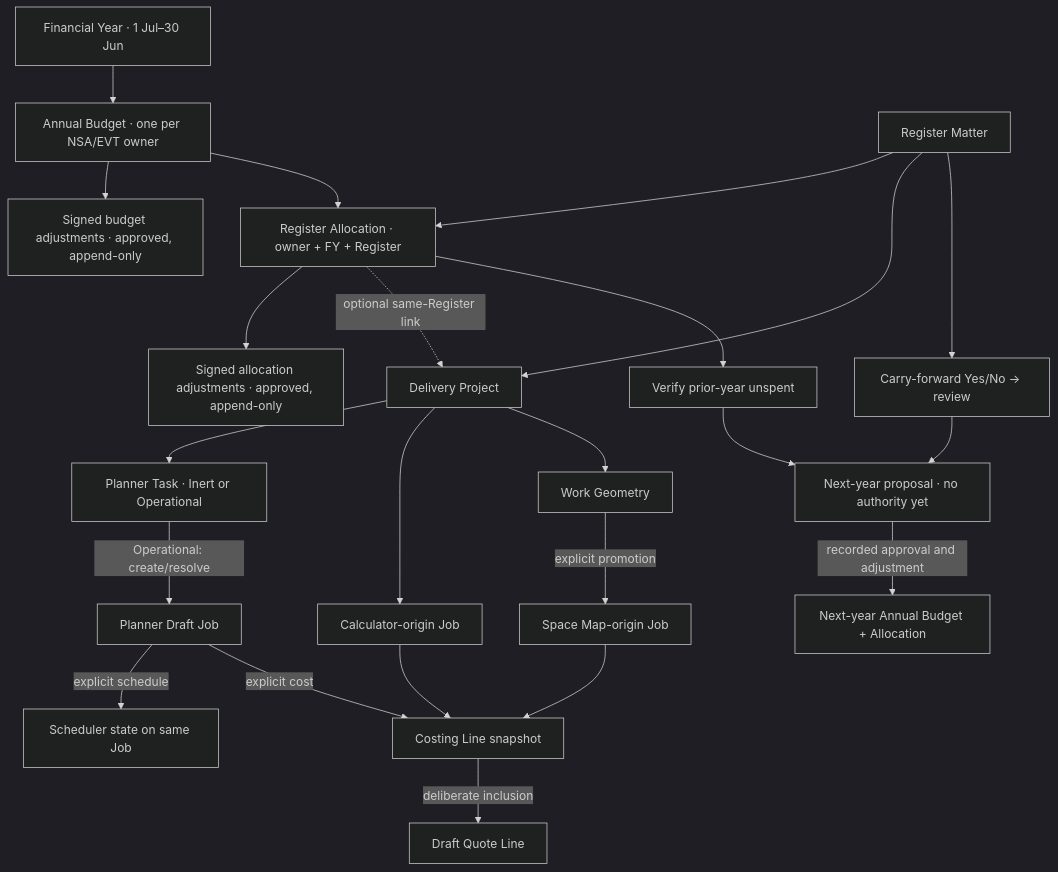
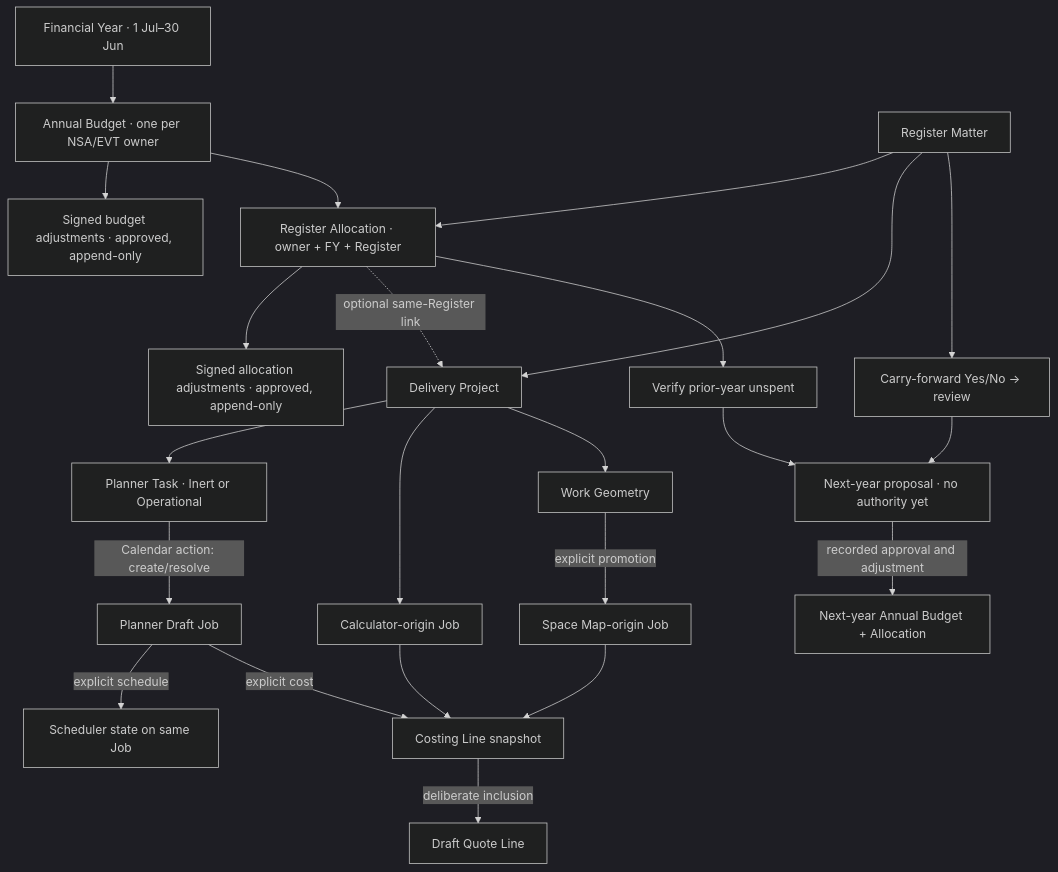
One commit to FraknToastr/horticulture-operations changed the third of 4 diagrams in src/governance/CANONICAL_MODEL.md. Above: the diagram before and after it, drawn with Mermaid (dark theme). The commit also changed other lines of this file and 105 other files, not shown here.

````diff
--- a/src/governance/CANONICAL_MODEL.md
+++ b/src/governance/CANONICAL_MODEL.md
@@ -43,25 +44,25 @@
 ```mermaid
 flowchart TD
  FY["Financial Year · 1 Jul–30 Jun"] --> BA["Annual Budget · one per NSA/EVT owner"]
  BA --> BJ["Signed budget adjustments · approved, append-only"]
  BA --> AL["Register Allocation · owner + FY + Register"]
  AL --> AJ["Signed allocation adjustments · approved, append-only"]
  R["Register Matter"] --> AL
  R --> P["Delivery Project"]
  AL -. "optional same-Register link" .-> P
  R --> CF["Carry-forward Yes/No → review"]
  AL --> V["Verify prior-year unspent"]
  V --> PR["Next-year proposal · no authority yet"]
  CF --> PR
  PR -->|"recorded approval and adjustment"| NY["Next-year Annual Budget + Allocation"]
  P --> T["Planner Task · Inert or Operational"]
- T -->|"Operational: create/resolve"| DJ["Planner Draft Job"]
+ T -->|"Calendar action: create/resolve"| DJ["Planner Draft Job"]
  P --> CJ["Calculator-origin Job"]
  P --> G["Work Geometry"]
  G -->|"explicit promotion"| SJ["Space Map-origin Job"]
  DJ -->|"explicit schedule"| SCH["Scheduler state on same Job"]
  DJ -->|"explicit cost"| C["Costing Line snapshot"]
  CJ --> C
  SJ --> C
  C -->|"deliberate inclusion"| QL["Draft Quote Line"]
 ```
````
